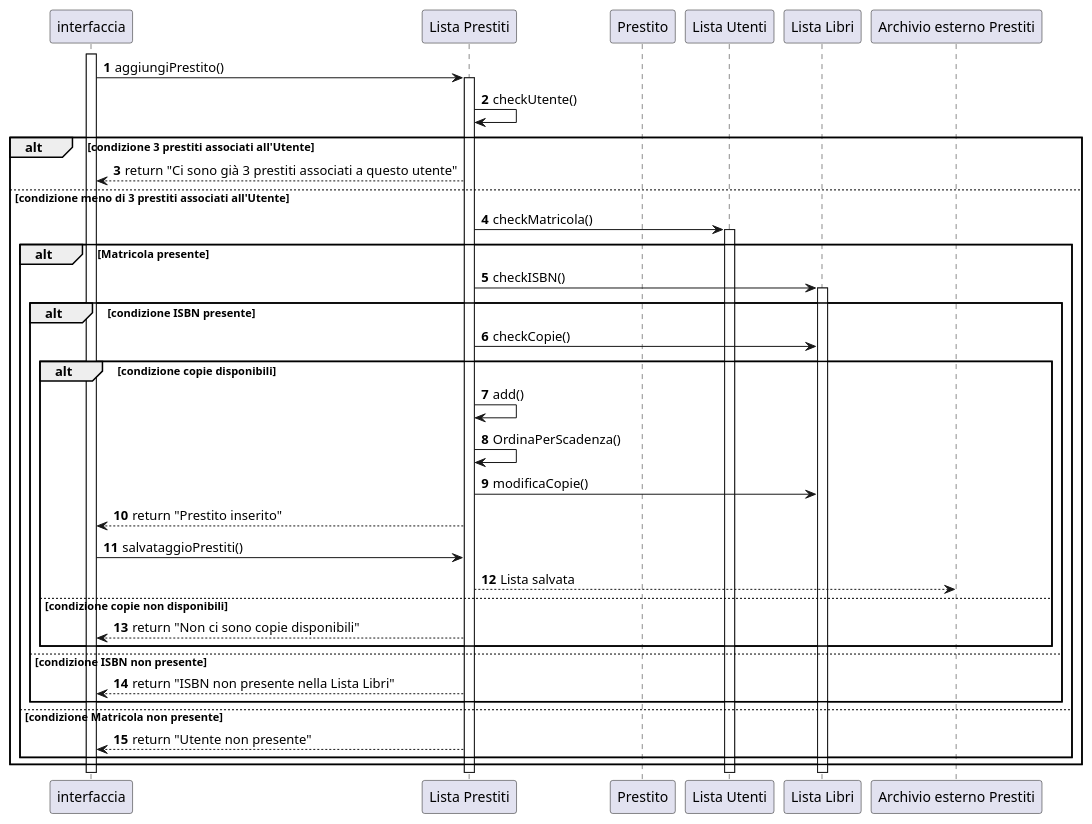
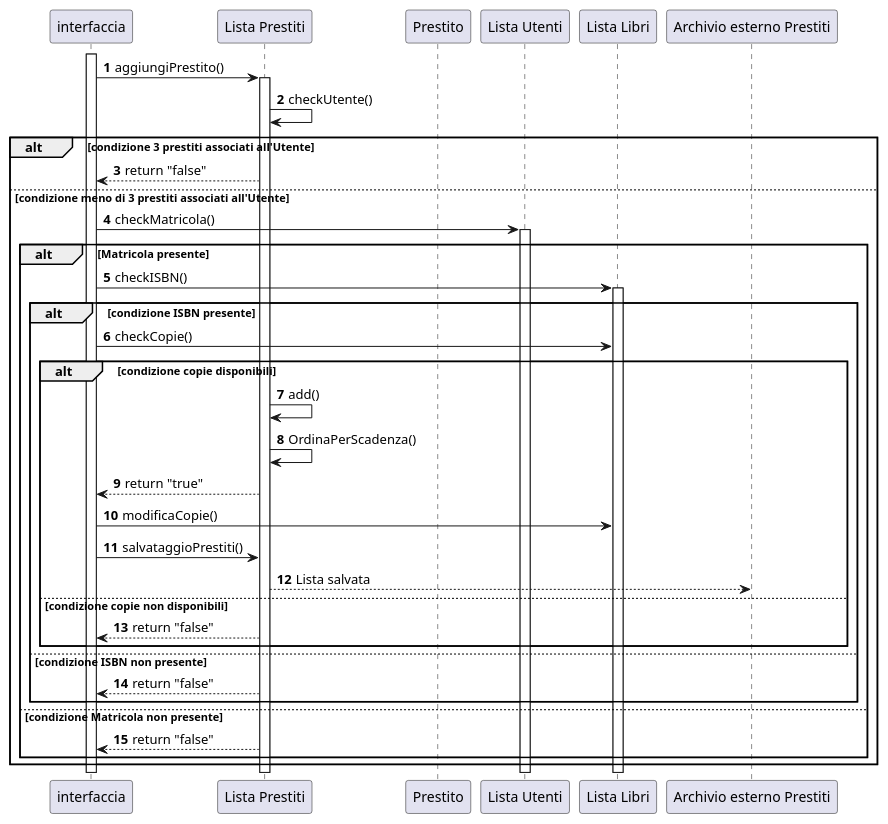
One commit to amalinconico6-cpu/Biblioteca_universitaria_10 changed the diagram in Progettazione/AllDiagramsCode/IndividualSequenceDiagramsCode/AggiungiPrestito.wsd. Above: the diagram before and after it, drawn with PlantUML.

Commit message:
modifica diagramma di seq. aggiunta prestiti

```diff
--- a/Progettazione/AllDiagramsCode/IndividualSequenceDiagramsCode/AggiungiPrestito.wsd
+++ b/Progettazione/AllDiagramsCode/IndividualSequenceDiagramsCode/AggiungiPrestito.wsd
@@ -1,43 +1,43 @@
 @startuml
 autonumber
 
 participant "interfaccia" as g
 participant "Lista Prestiti" as archiviop
 participant "Prestito" as p
 participant "Lista Utenti" as archiviou
 participant "Lista Libri" as archiviol
 participant "Archivio esterno Prestiti" as archivioe
 activate g
 
 g->archiviop:aggiungiPrestito()
 activate archiviop
 archiviop->archiviop:checkUtente()
 alt condizione 3 prestiti associati all'Utente
-    archiviop-->g:return "Ci sono già 3 prestiti associati a questo utente"
+    archiviop-->g:return "false"
 else condizione meno di 3 prestiti associati all'Utente
-    archiviop->archiviou:checkMatricola()
+    g->archiviou:checkMatricola()
     activate archiviou
     alt Matricola presente
-        archiviop->archiviol:checkISBN()
+        g->archiviol:checkISBN()
         activate archiviol
         alt condizione ISBN presente
-            archiviop->archiviol:checkCopie()
+            g->archiviol:checkCopie()
             alt condizione copie disponibili
                 archiviop->archiviop:add()   
                 archiviop->archiviop:OrdinaPerScadenza() 
-                archiviop->archiviol:modificaCopie()
-                archiviop-->g:return "Prestito inserito"
+                archiviop-->g:return "true"
+                g->archiviol:modificaCopie()
                 g->archiviop:salvataggioPrestiti()
                 archiviop-->archivioe: Lista salvata
             else condizione copie non disponibili
-                archiviop-->g:return "Non ci sono copie disponibili"
+                archiviop-->g:return "false"
             end
         else condizione ISBN non presente
-            archiviop-->g:return "ISBN non presente nella Lista Libri"
+            archiviop-->g:return "false"
         end
     else condizione Matricola non presente
-        archiviop-->g:return "Utente non presente"
+        archiviop-->g:return "false"
     end
 end
 
 @enduml
```
